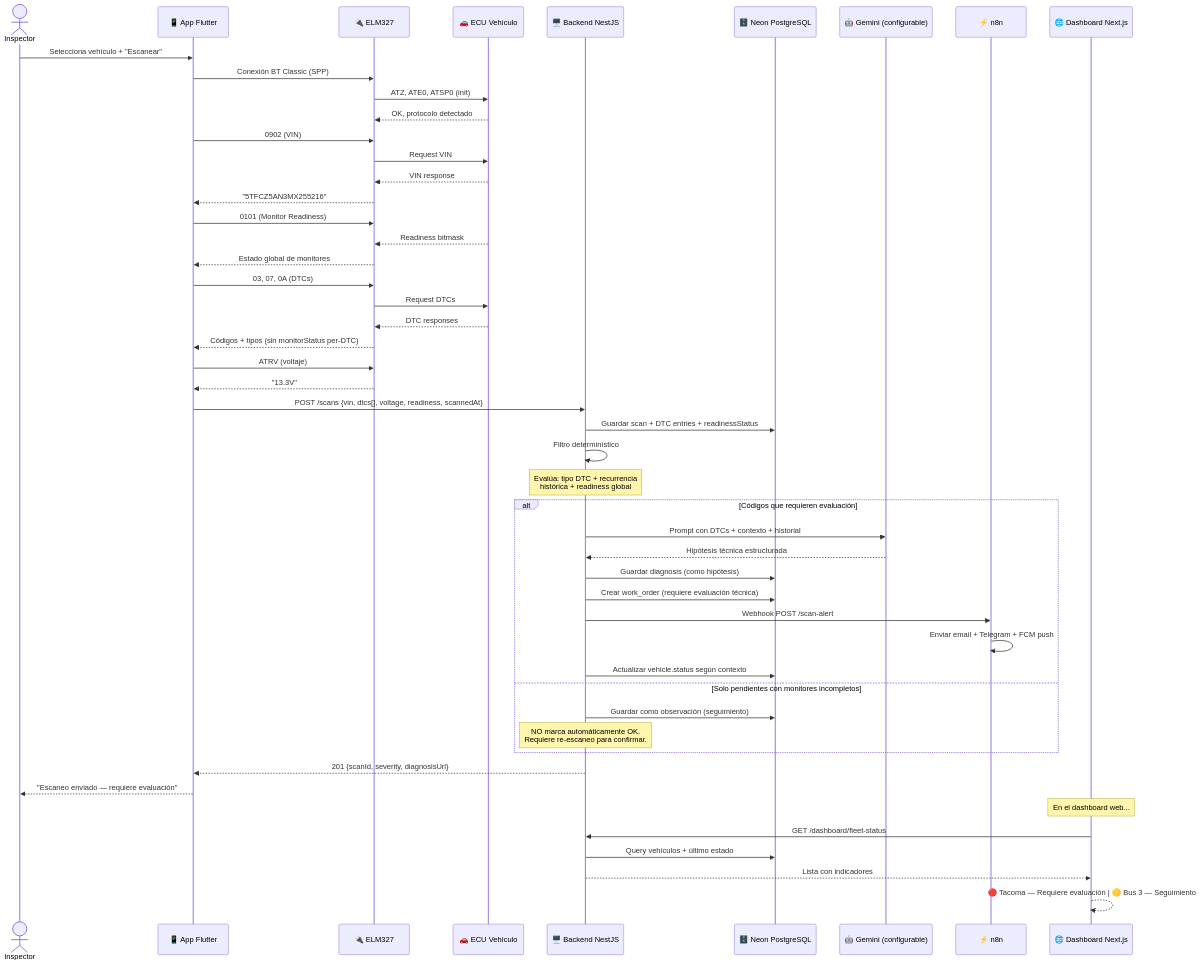
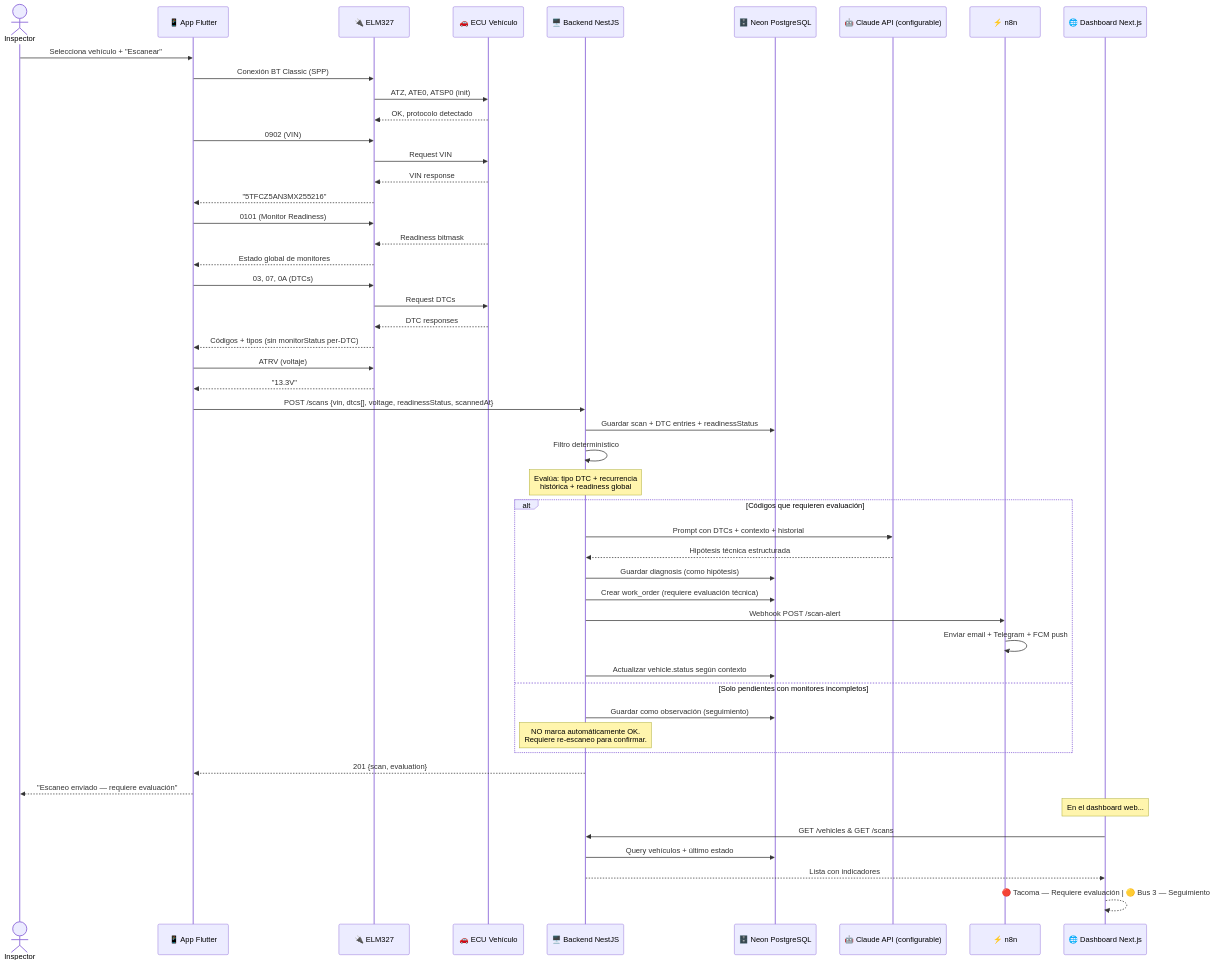
Before and after one commit to josuecova2708/taller-backend: the third of 4 diagrams in plan.md, drawn with Mermaid. The commit also changed other lines of this file and 28 other files, not shown here.

````diff
--- a/plan.md
+++ b/plan.md
@@ -229,62 +337,62 @@
 ```mermaid
 sequenceDiagram
     actor Inspector
     participant App as 📱 App Flutter
     participant ELM as 🔌 ELM327
     participant ECU as 🚗 ECU Vehículo
     participant API as 🖥️ Backend NestJS
     participant DB as 🗄️ Neon PostgreSQL
-    participant AI as 🤖 Gemini (configurable)
+    participant AI as 🤖 Claude API (configurable)
     participant N8N as ⚡ n8n
     participant Web as 🌐 Dashboard Next.js
 
     Inspector->>App: Selecciona vehículo + "Escanear"
     App->>ELM: Conexión BT Classic (SPP)
     ELM->>ECU: ATZ, ATE0, ATSP0 (init)
     ECU-->>ELM: OK, protocolo detectado
 
     App->>ELM: 0902 (VIN)
     ELM->>ECU: Request VIN
     ECU-->>ELM: VIN response
     ELM-->>App: "5TFCZ5AN3MX255216"
 
     App->>ELM: 0101 (Monitor Readiness)
     ECU-->>ELM: Readiness bitmask
     ELM-->>App: Estado global de monitores
 
     App->>ELM: 03, 07, 0A (DTCs)
     ELM->>ECU: Request DTCs
     ECU-->>ELM: DTC responses
     ELM-->>App: Códigos + tipos (sin monitorStatus per-DTC)
 
     App->>ELM: ATRV (voltaje)
     ELM-->>App: "13.3V"
 
-    App->>API: POST /scans {vin, dtcs[], voltage, readiness, scannedAt}
+    App->>API: POST /scans {vin, dtcs[], voltage, readinessStatus, scannedAt}
     API->>DB: Guardar scan + DTC entries + readinessStatus
 
     API->>API: Filtro determinístico
     Note over API: Evalúa: tipo DTC + recurrencia<br/>histórica + readiness global
 
     alt Códigos que requieren evaluación
         API->>AI: Prompt con DTCs + contexto + historial
         AI-->>API: Hipótesis técnica estructurada
         API->>DB: Guardar diagnosis (como hipótesis)
         API->>DB: Crear work_order (requiere evaluación técnica)
         API->>N8N: Webhook POST /scan-alert
         N8N->>N8N: Enviar email + Telegram + FCM push
         API->>DB: Actualizar vehicle.status según contexto
     else Solo pendientes con monitores incompletos
         API->>DB: Guardar como observación (seguimiento)
         Note over API: NO marca automáticamente OK.<br/>Requiere re-escaneo para confirmar.
     end
 
-    API-->>App: 201 {scanId, severity, diagnosisUrl}
+    API-->>App: 201 {scan, evaluation}
     App-->>Inspector: "Escaneo enviado — requiere evaluación"
 
     Note over Web: En el dashboard web...
-    Web->>API: GET /dashboard/fleet-status
+    Web->>API: GET /vehicles & GET /scans
     API->>DB: Query vehículos + último estado
     API-->>Web: Lista con indicadores
     Web-->>Web: 🔴 Tacoma — Requiere evaluación | 🟡 Bus 3 — Seguimiento
 ```
````
